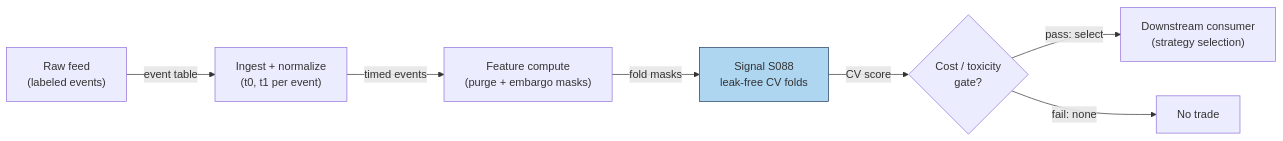
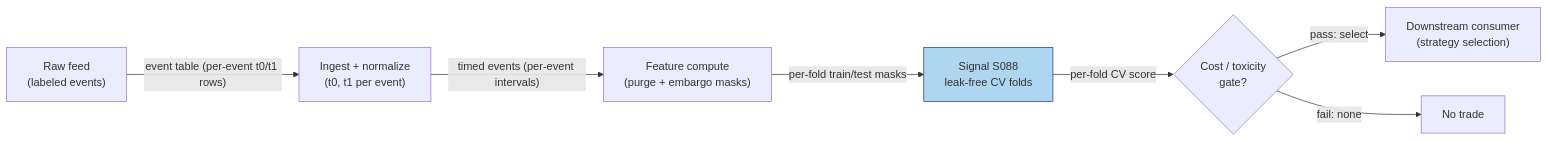
The diagram in batches/SB3/S088.md (praveenguptahcl/quant-signals-deep), drawn with Mermaid before and after one commit. The commit also changed other lines of this file and 49 other files, not shown here.

````diff
--- a/batches/SB3/S088.md
+++ b/batches/SB3/S088.md
@@ -150,10 +153,10 @@
 ```mermaid
 flowchart LR
-    FEED["Raw feed<br/>(labeled events)"] -->|"event table"| ING["Ingest + normalize<br/>(t0, t1 per event)"]
-    ING -->|"timed events"| FEAT["Feature compute<br/>(purge + embargo masks)"]
-    FEAT -->|"fold masks"| SIG["Signal S088<br/>leak-free CV folds"]
-    SIG -->|"CV score"| GATE{"Cost / toxicity<br/>gate?"}
+    FEED["Raw feed<br/>(labeled events)"] -->|"event table (per-event t0/t1 rows)"| ING["Ingest + normalize<br/>(t0, t1 per event)"]
+    ING -->|"timed events (per-event intervals)"| FEAT["Feature compute<br/>(purge + embargo masks)"]
+    FEAT -->|"per-fold train/test masks"| SIG["Signal S088<br/>leak-free CV folds"]
+    SIG -->|"per-fold CV score"| GATE{"Cost / toxicity<br/>gate?"}
     GATE -->|"pass: select"| OUT["Downstream consumer<br/>(strategy selection)"]
     GATE -->|"fail: none"| DROP["No trade"]
     style SIG fill:#aed6f1,stroke:#1f3a5f
 ```
````
